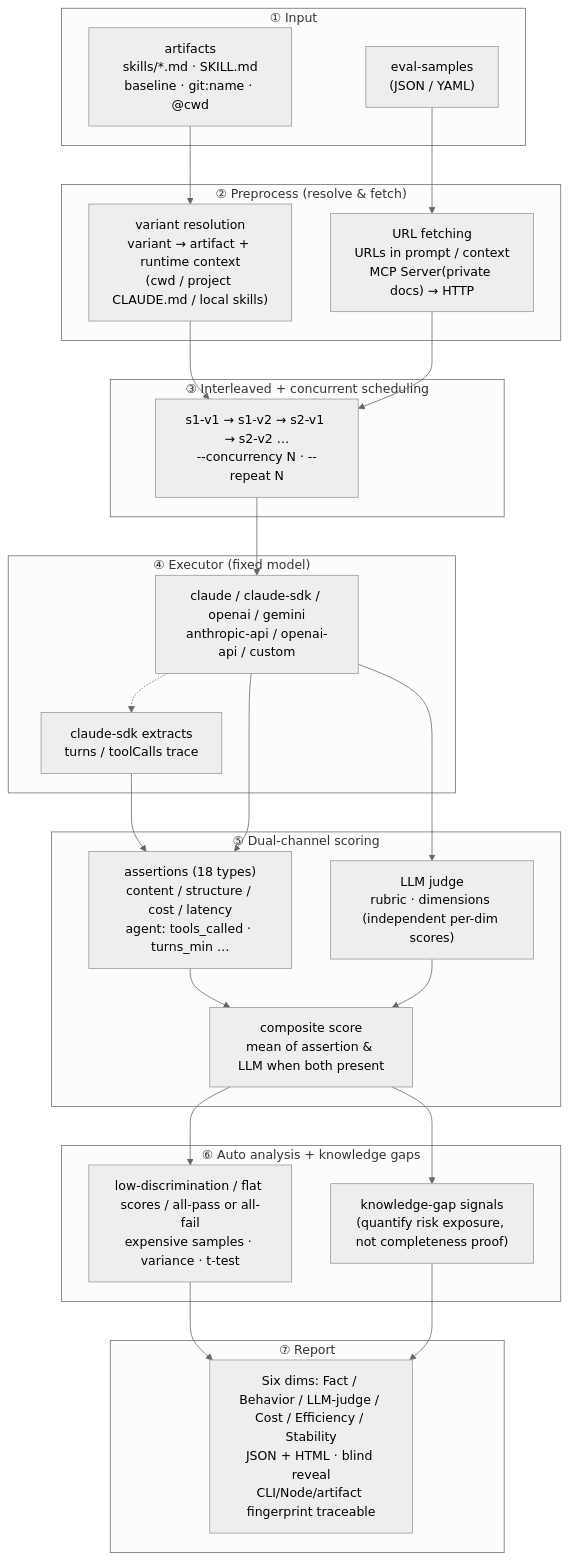
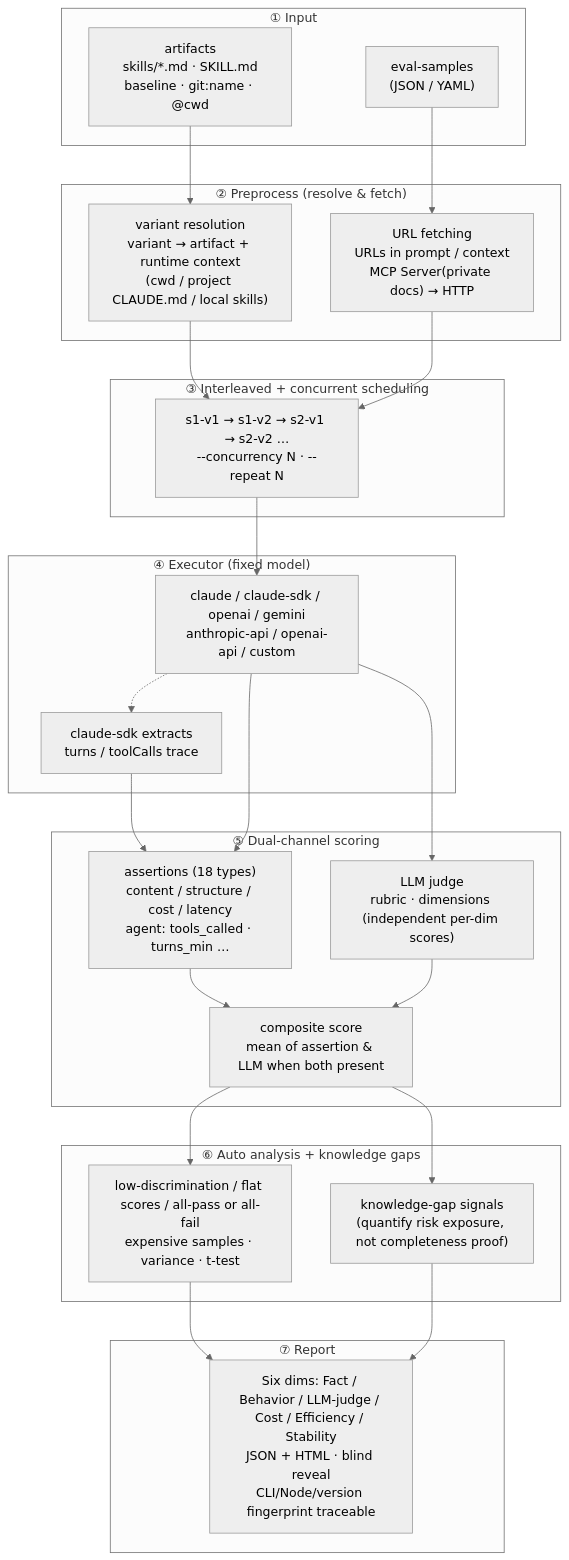
Before and after one commit to lizhiyao/oh-my-knowledge: the diagram in README.md, drawn with Mermaid (neutral theme). The commit also changed other lines of this file and 1 other file, not shown here.

Commit message:
docs: README 修过时内容 — --variants→--control/--treatment, 加 omk analyze 章节, artifact 哈希→版本指纹, bench ci 三层 all-pass 语义

````diff
--- a/README.md
+++ b/README.md
@@ -71,52 +71,52 @@
 ```mermaid
 flowchart TD
     subgraph Input["① Input"]
         S["eval-samples<br/>(JSON / YAML)"]
         A["artifacts<br/>skills/*.md · SKILL.md<br/>baseline · git:name · @cwd"]
     end
 
     subgraph Prep["② Preprocess (resolve & fetch)"]
         V["variant resolution<br/>variant → artifact + runtime context<br/>(cwd / project CLAUDE.md / local skills)"]
         U["URL fetching<br/>URLs in prompt / context<br/>MCP Server(private docs) → HTTP"]
     end
 
     subgraph Schedule["③ Interleaved + concurrent scheduling"]
         Q["s1-v1 → s1-v2 → s2-v1 → s2-v2 …<br/>--concurrency N · --repeat N"]
     end
 
     subgraph Exec["④ Executor (fixed model)"]
         E["claude / claude-sdk / openai / gemini<br/>anthropic-api / openai-api / custom"]
         T["claude-sdk extracts<br/>turns / toolCalls trace"]
         E -.-> T
     end
 
     subgraph Score["⑤ Dual-channel scoring"]
         AS["assertions (18 types)<br/>content / structure / cost / latency<br/>agent: tools_called · turns_min …"]
         LS["LLM judge<br/>rubric · dimensions (independent per-dim scores)"]
         CS["composite score<br/>mean of assertion & LLM when both present"]
         AS --> CS
         LS --> CS
     end
 
     subgraph Analyze["⑥ Auto analysis + knowledge gaps"]
         D["low-discrimination / flat scores / all-pass or all-fail<br/>expensive samples · variance · t-test"]
         G["knowledge-gap signals<br/>(quantify risk exposure, not completeness proof)"]
     end
 
     subgraph Report["⑦ Report"]
-        R["Six dims: Fact / Behavior / LLM-judge / Cost / Efficiency / Stability<br/>JSON + HTML · blind reveal<br/>CLI/Node/artifact fingerprint traceable"]
+        R["Six dims: Fact / Behavior / LLM-judge / Cost / Efficiency / Stability<br/>JSON + HTML · blind reveal<br/>CLI/Node/version fingerprint traceable"]
     end
 
     S --> U
     A --> V
     V --> Q
     U --> Q
     Q --> E
     T --> AS
     E --> AS
     E --> LS
     CS --> D
     CS --> G
     D --> R
     G --> R
 ```
````
